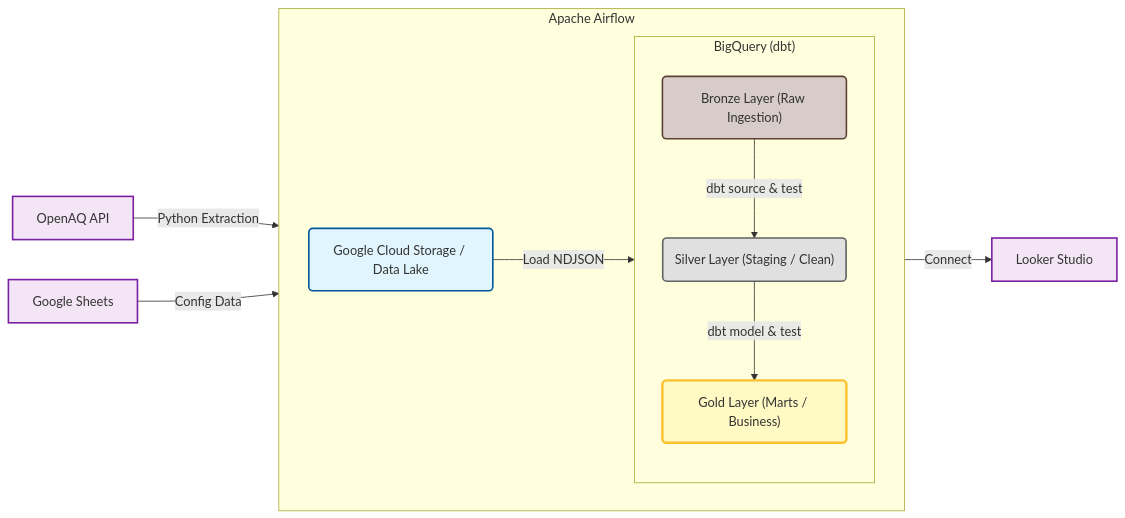
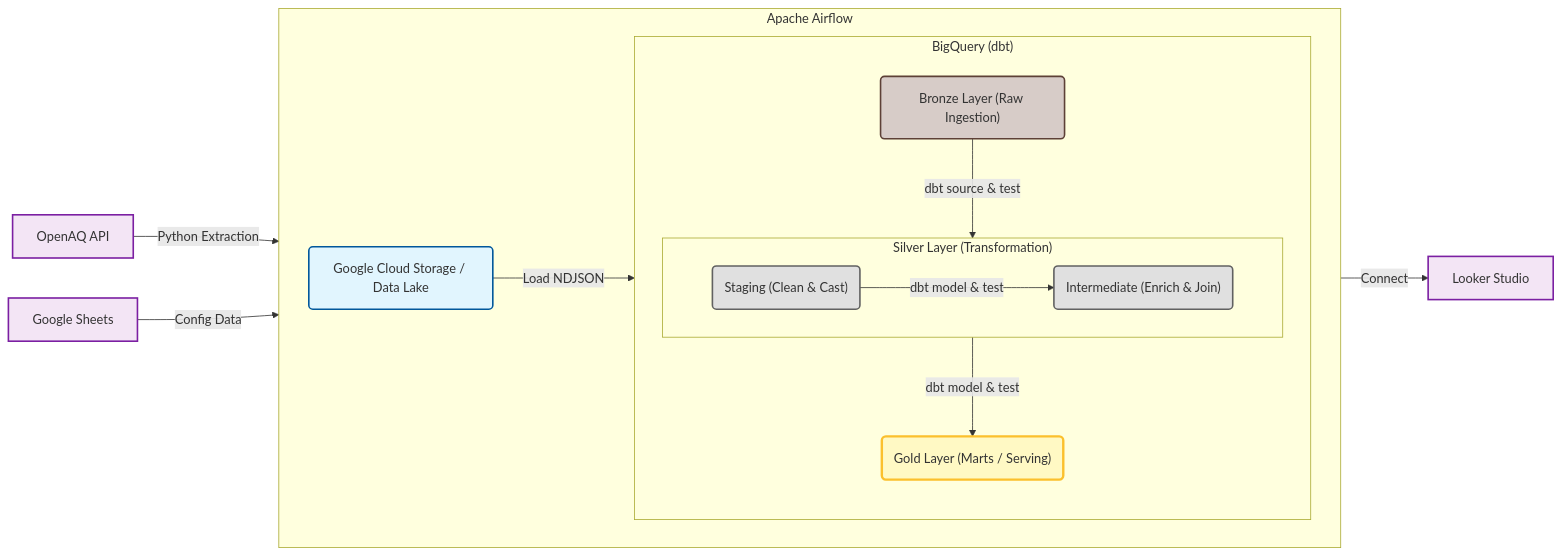
One commit to pacomoraless2/openaq-data-pipeline changed the diagram in README.md. Above: the diagram before and after it, drawn with Mermaid. The commit also changed other lines of this file, not shown here.

````diff
--- a/README.md
+++ b/README.md
@@ -15,54 +20,59 @@
 ```mermaid
 graph LR
     %% --- EXTERNAL SOURCES ---
     source1[OpenAQ API]
     source2[Google Sheets]
     bi[Looker Studio]
 
     %% --- GLOBAL ORCHESTRATION (AIRFLOW) ---
     subgraph "Apache Airflow"
         direction LR
         
         %% Ingestion (Outside the DW)
         ingest(Google Cloud Storage / Data Lake)
         
         %% --- DATA WAREHOUSE (dbt) ---
         subgraph "BigQuery (dbt)"
             direction TB
             
-            %% Bronze Layer (Source)
+            %% Bronze Layer
             raw("Bronze Layer (Raw Ingestion)")
             
-            %% Silver Layer (Transformation)
-            staging("Silver Layer (Staging / Clean)")
+            %% Silver Layer (Split into Staging and Intermediate)
+            subgraph "Silver Layer (Transformation)"
+                direction LR
+                staging("Staging (Clean & Cast)")
+                inter("Intermediate (Enrich & Join)")
+            end
             
-            %% Gold Layer (Serving)
-            marts("Gold Layer (Marts / Business)")
+            %% Gold Layer
+            marts("Gold Layer (Marts / Serving)")
         end
     end
 
     %% --- RELATIONS ---
     source1 -->|Python Extraction| ingest
     source2 -->|Config Data| ingest
     
     ingest -->|Load NDJSON| raw
     raw -->|dbt source & test| staging
-    staging -->|dbt model & test| marts
+    staging -->|dbt model & test| inter
+    inter -->|dbt model & test| marts
     marts -->|Connect| bi
 
     %% --- STYLES ---
     classDef external fill:#f3e5f5,stroke:#7b1fa2,stroke-width:2px;
     classDef storage fill:#e1f5fe,stroke:#01579b,stroke-width:2px;
     
     %% Medallion colors
     classDef bronze fill:#d7ccc8,stroke:#5d4037,stroke-width:2px; 
     classDef silver fill:#e0e0e0,stroke:#616161,stroke-width:2px;
     classDef gold fill:#fff9c4,stroke:#fbc02d,stroke-width:3px;
 
     %% Classes
     class source1,source2,bi external;
     class ingest storage;
     class raw bronze;
-    class staging silver;
+    class staging,inter silver;
     class marts gold;
 ```
````
